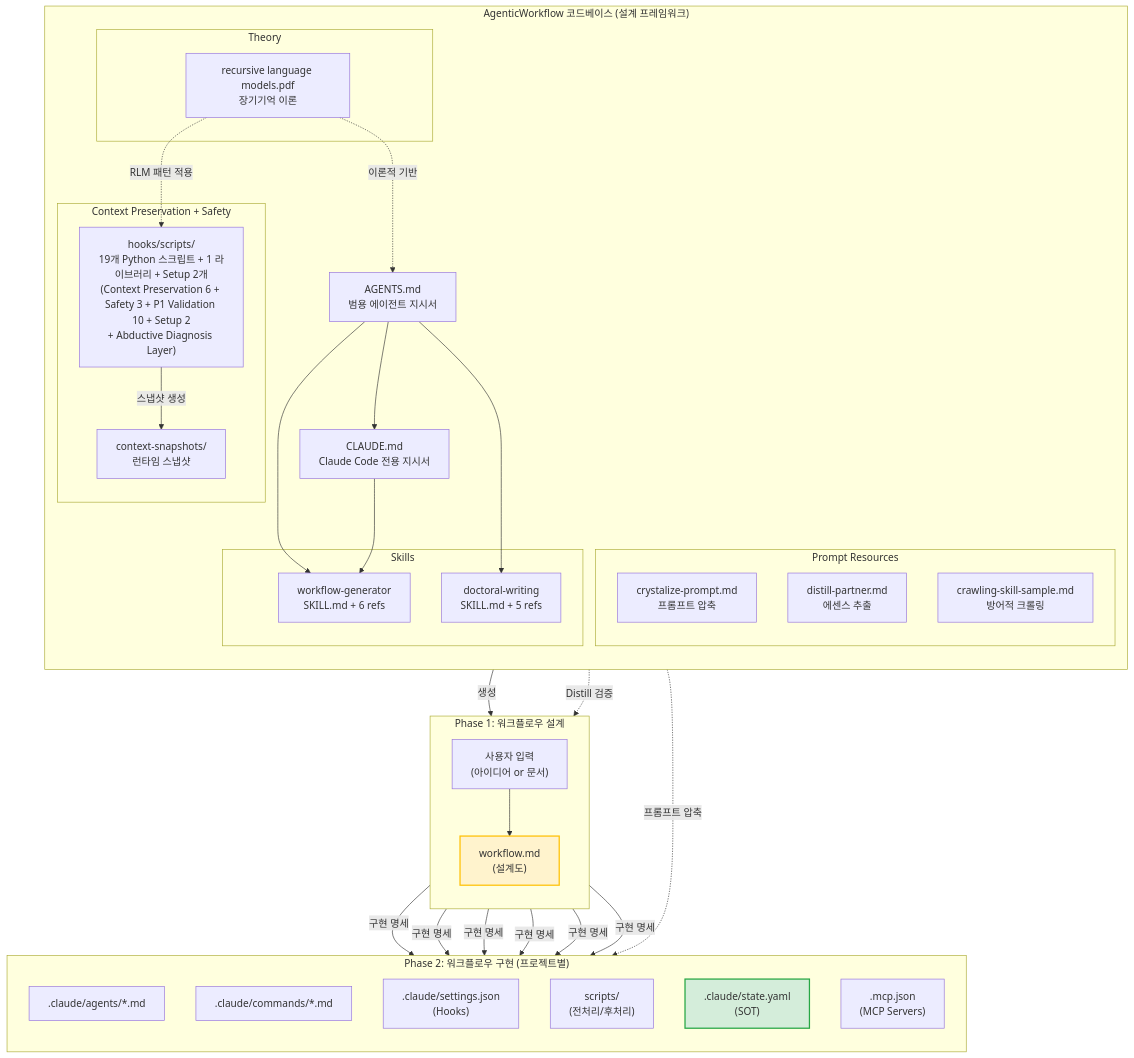
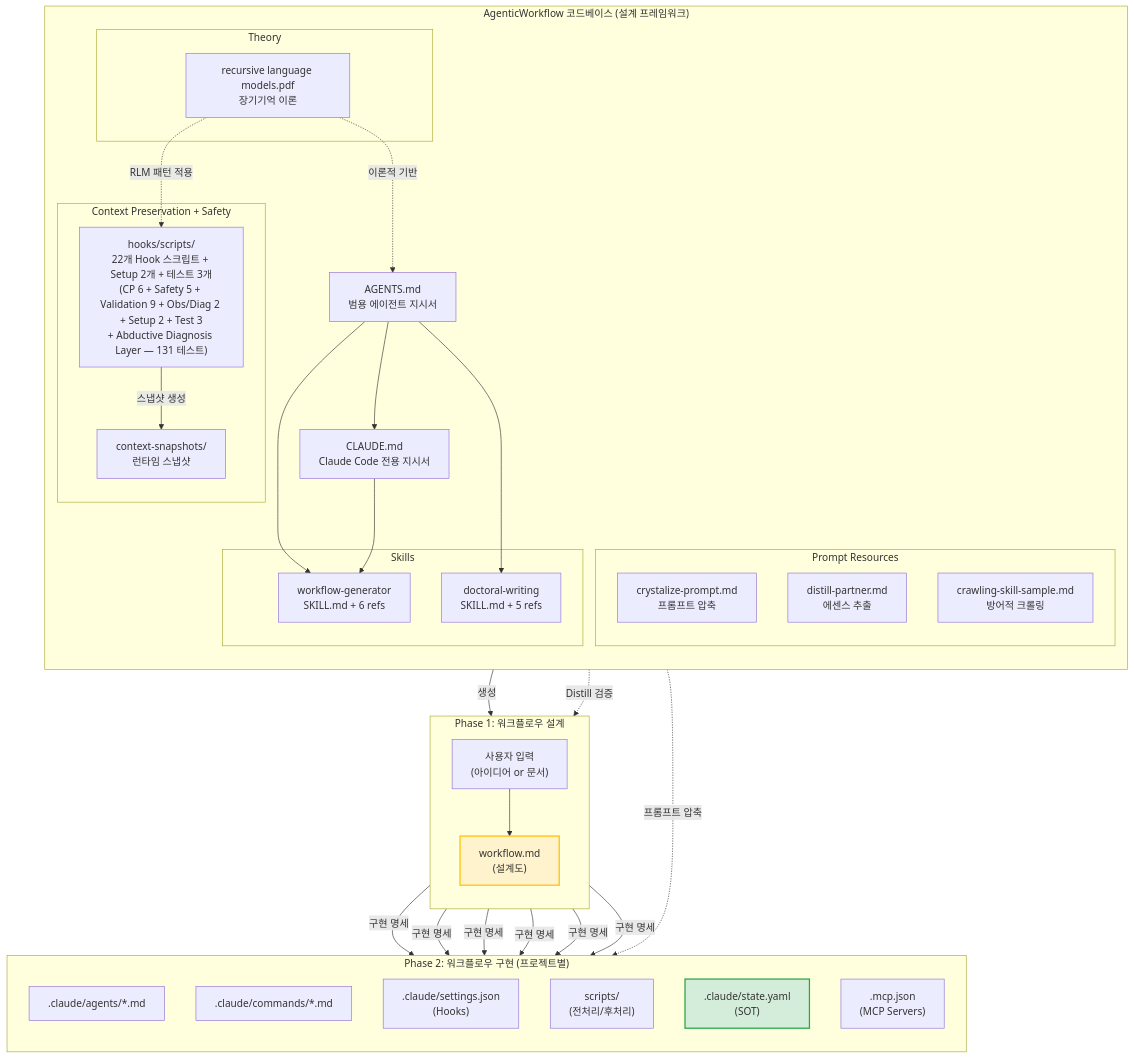
One commit to idoforgod/Dissertation-Simulator-AgenticWorkflow changed the third of 14 diagrams in AGENTICWORKFLOW-ARCHITECTURE-AND-PHILOSOPHY.md. Above: the diagram before and after it, drawn with Mermaid. The commit also changed other lines of this file and 15 other files, not shown here.

````diff
--- a/AGENTICWORKFLOW-ARCHITECTURE-AND-PHILOSOPHY.md
+++ b/AGENTICWORKFLOW-ARCHITECTURE-AND-PHILOSOPHY.md
@@ -232,66 +232,66 @@
 ```mermaid
 graph TB
     subgraph "AgenticWorkflow 코드베이스 (설계 프레임워크)"
         direction TB
         CLAUDE["CLAUDE.md<br/>Claude Code 전용 지시서"]
         AGENTS["AGENTS.md<br/>범용 에이전트 지시서"]
 
         subgraph "Skills"
             WG["workflow-generator<br/>SKILL.md + 6 refs"]
             DW["doctoral-writing<br/>SKILL.md + 5 refs"]
         end
 
         subgraph "Context Preservation + Safety"
-            CPS["hooks/scripts/<br/>19개 Python 스크립트 + 1 라이브러리 + Setup 2개<br/>(Context Preservation 6 + Safety 3 + P1 Validation 10 + Setup 2<br/>+ Abductive Diagnosis Layer)"]
+            CPS["hooks/scripts/<br/>22개 Hook 스크립트 + Setup 2개 + 테스트 3개<br/>(CP 6 + Safety 5 + Validation 9 + Obs/Diag 2 + Setup 2 + Test 3<br/>+ Abductive Diagnosis Layer — 131 테스트)"]
             CSS["context-snapshots/<br/>런타임 스냅샷"]
         end
 
         subgraph "Prompt Resources"
             CP["crystalize-prompt.md<br/>프롬프트 압축"]
             DP["distill-partner.md<br/>에센스 추출"]
             CS["crawling-skill-sample.md<br/>방어적 크롤링"]
         end
 
         subgraph "Theory"
             RLM["recursive language models.pdf<br/>장기기억 이론"]
         end
 
         AGENTS --> CLAUDE
         AGENTS --> WG
         AGENTS --> DW
         CLAUDE --> WG
         RLM -.->|"이론적 기반"| AGENTS
         RLM -.->|"RLM 패턴 적용"| CPS
         CPS -->|"스냅샷 생성"| CSS
     end
 
     subgraph "Phase 1: 워크플로우 설계"
         direction TB
         USER_INPUT["사용자 입력<br/>(아이디어 or 문서)"]
         WF["workflow.md<br/>(설계도)"]
         USER_INPUT --> WF
     end
 
     subgraph "Phase 2: 워크플로우 구현 (프로젝트별)"
         direction TB
         AG[".claude/agents/*.md"]
         CMD[".claude/commands/*.md"]
         HK[".claude/settings.json<br/>(Hooks)"]
         SC["scripts/<br/>(전처리/후처리)"]
         SOT[".claude/state.yaml<br/>(SOT)"]
         MCP[".mcp.json<br/>(MCP Servers)"]
     end
 
     WG -->|"생성"| WF
     DP -.->|"Distill 검증"| WF
     CP -.->|"프롬프트 압축"| AG
     WF -->|"구현 명세"| AG
     WF -->|"구현 명세"| CMD
     WF -->|"구현 명세"| HK
     WF -->|"구현 명세"| SC
     WF -->|"구현 명세"| SOT
     WF -->|"구현 명세"| MCP
 
     style WF fill:#fff3cd,stroke:#ffc107,stroke-width:2px
     style SOT fill:#d4edda,stroke:#28a745,stroke-width:2px
 ```
````
